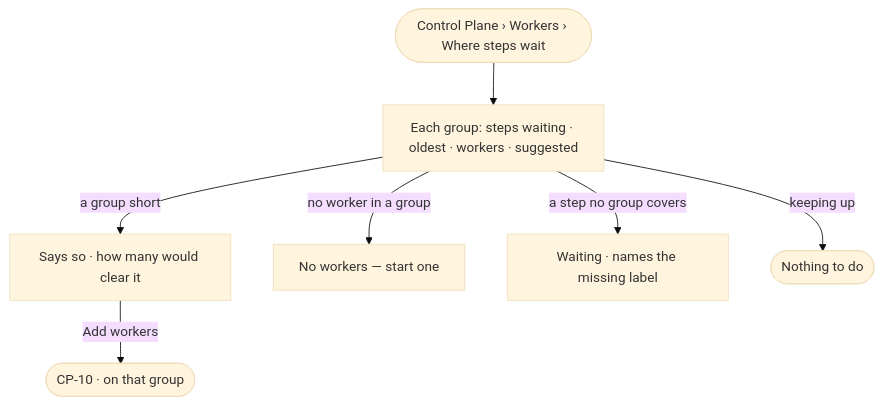
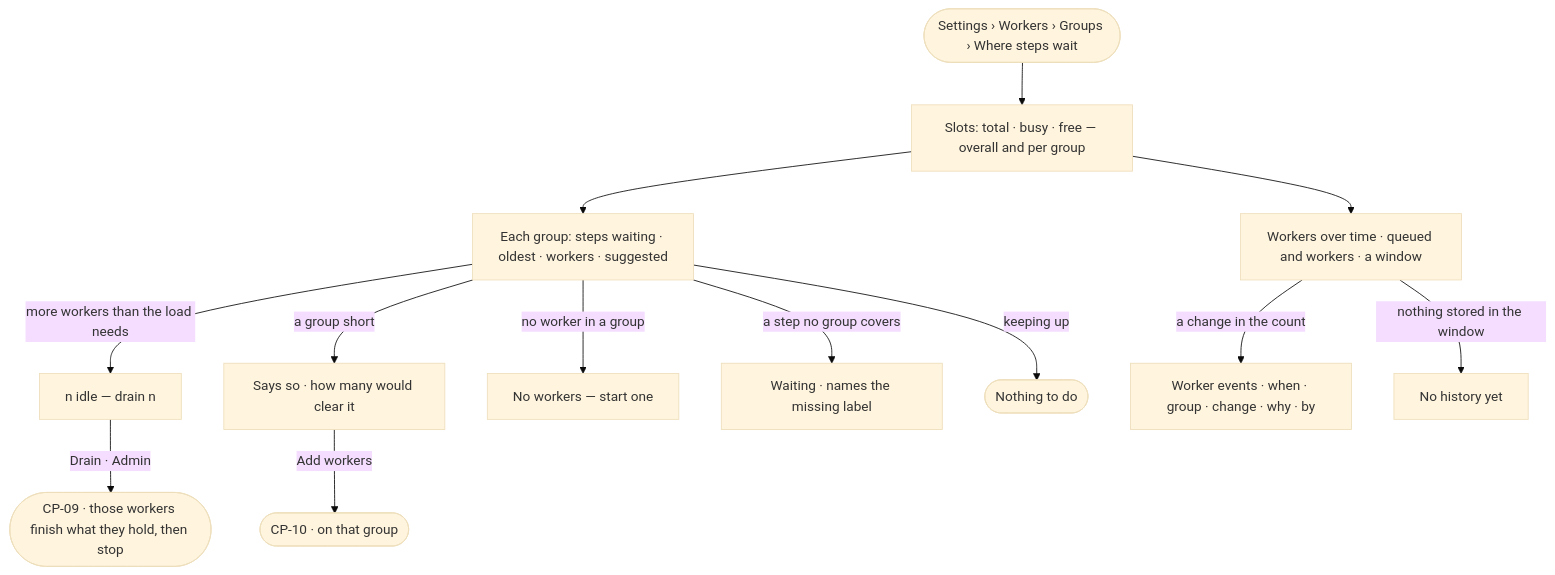
One commit to invana/invana changed the diagram in specs/os/control/features/CP-F03-workers-and-the-queue/stories/CP-08-see-how-many-workers-each-group-needs/story.md. Above: the diagram before and after it, drawn with Mermaid (base theme). The commit also changed other lines of this file and 456 other files, not shown here.

````diff
--- a/specs/os/control/features/CP-F03-workers-and-the-queue/stories/CP-08-see-how-many-workers-each-group-needs/story.md
+++ b/specs/os/control/features/CP-F03-workers-and-the-queue/stories/CP-08-see-how-many-workers-each-group-needs/story.md
@@ -26,9 +27,15 @@
 ```mermaid
 flowchart TD
-  s([Control Plane › Workers › Where steps wait]) --> g["Each group: steps waiting · oldest · workers · suggested"]
+  s([Settings › Workers › Groups › Where steps wait]) --> sl["Slots: total · busy · free — overall and per group"]
+  sl --> g["Each group: steps waiting · oldest · workers · suggested"]
+  g -->|more workers than the load needs| idle["n idle — drain n"]
+  idle -->|Drain · Admin| dr(["CP-09 · those workers finish what they hold, then stop"])
   g -->|a group short| c["Says so · how many would clear it"]
   c -->|Add workers| add(["CP-10 · on that group"])
   g -->|no worker in a group| nw["No workers — start one"]
   g -->|a step no group covers| un["Waiting · names the missing label"]
   g -->|keeping up| ok(["Nothing to do"])
+  sl --> ch["Workers over time · queued and workers · a window"]
+  ch -->|a change in the count| ev["Worker events · when · group · change · why · by"]
+  ch -->|nothing stored in the window| nd["No history yet"]
 ```
````
